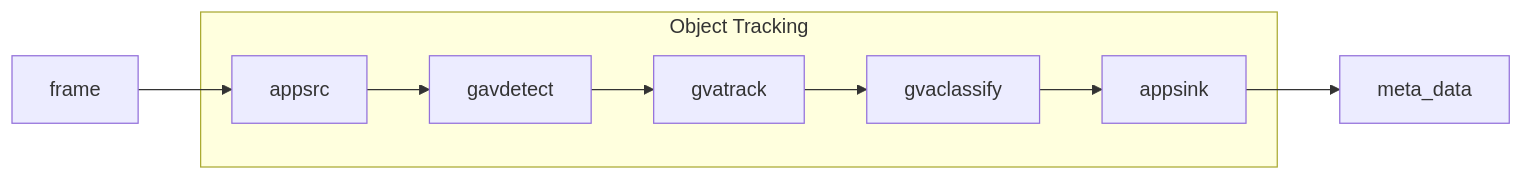
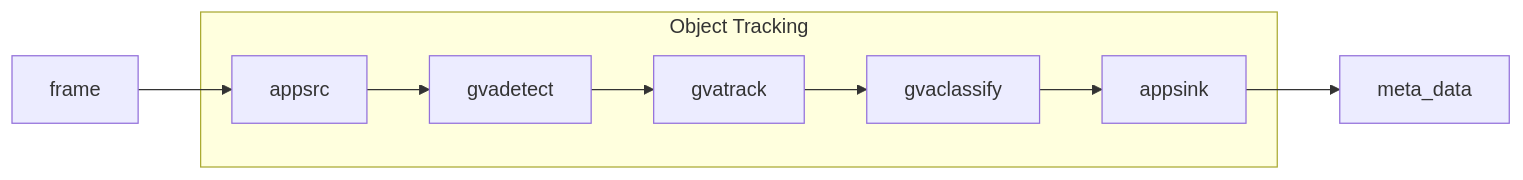
The third of 4 diagrams in samples/lva_ai_extension/pipeline_diagrams/pipeline_diagrams.mermaid (dlstreamer/pipeline-server), drawn with Mermaid before and after one commit. The commit also changed other lines of this file and 22 other files, not shown here.

````diff
--- a/samples/lva_ai_extension/pipeline_diagrams/pipeline_diagrams.mermaid
+++ b/samples/lva_ai_extension/pipeline_diagrams/pipeline_diagrams.mermaid
@@ -26,11 +26,11 @@
 ```mermaid
 graph LR
     frame-->appsrc
     subgraph "Object Tracking"
-    appsrc-->gavdetect
-    gavdetect-->gvatrack
+    appsrc-->gvadetect
+    gvadetect-->gvatrack
     gvatrack-->gvaclassify
     gvaclassify-->appsink
     end
     appsink-->meta_data
 ```
````
